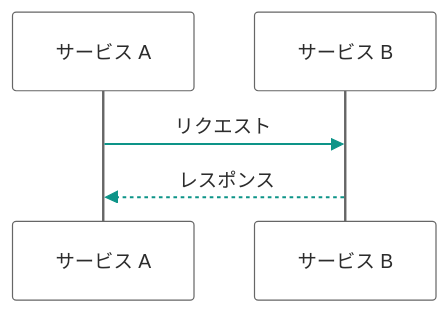
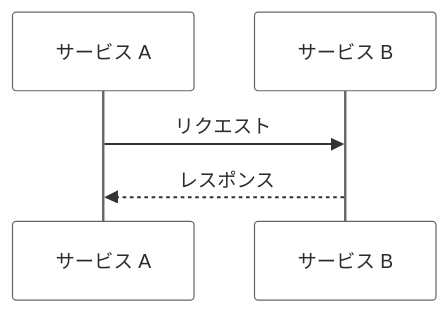
One commit to gospelo-dev/mermaid-plus changed the second of 3 diagrams in skills/claude/gospelo-mermaid-plus/references/color-scheme.md. Above: the diagram before and after it, drawn with Mermaid. The commit also changed other lines of this file and 10 other files, not shown here.

First line of the commit message:
feat(mermaid-plus)!: make the default color scheme near-monotone

````diff
--- a/skills/claude/gospelo-mermaid-plus/references/color-scheme.md
+++ b/skills/claude/gospelo-mermaid-plus/references/color-scheme.md
@@ -158,9 +164,9 @@
 ```mermaid
-%%{init: {'theme': 'base', 'themeVariables': {'actorBkg': '#FFFFFF', 'actorBorder': '#666666', 'actorTextColor': '#2C2C2C', 'signalColor': '#0D9488', 'signalTextColor': '#2C2C2C', 'noteBkgColor': '#F0FDFA', 'noteBorderColor': '#0D9488', 'noteTextColor': '#2C2C2C', 'activationBkgColor': '#F8FAFC', 'activationBorderColor': '#94A3B8', 'loopTextColor': '#2C2C2C', 'labelBoxBkgColor': '#F0FDFA', 'labelBoxBorderColor': '#0D9488', 'labelTextColor': '#2C2C2C'}}}%%
+%%{init: {'theme': 'base', 'themeVariables': {'actorBkg': '#FFFFFF', 'actorBorder': '#666666', 'actorTextColor': '#2C2C2C', 'signalColor': '#333333', 'signalTextColor': '#2C2C2C', 'noteBkgColor': '#FFFFFF', 'noteBorderColor': '#C7C7F1', 'noteTextColor': '#2C2C2C', 'activationBkgColor': '#F4F4F5', 'activationBorderColor': '#D4D4D8', 'loopTextColor': '#2C2C2C', 'labelBoxBkgColor': '#FFFFFF', 'labelBoxBorderColor': '#C7C7F1', 'labelTextColor': '#2C2C2C'}}}%%
 sequenceDiagram
     participant A as サービス A
     participant B as サービス B
 
     A->>B: リクエスト
     B-->>A: レスポンス
 ```
````
